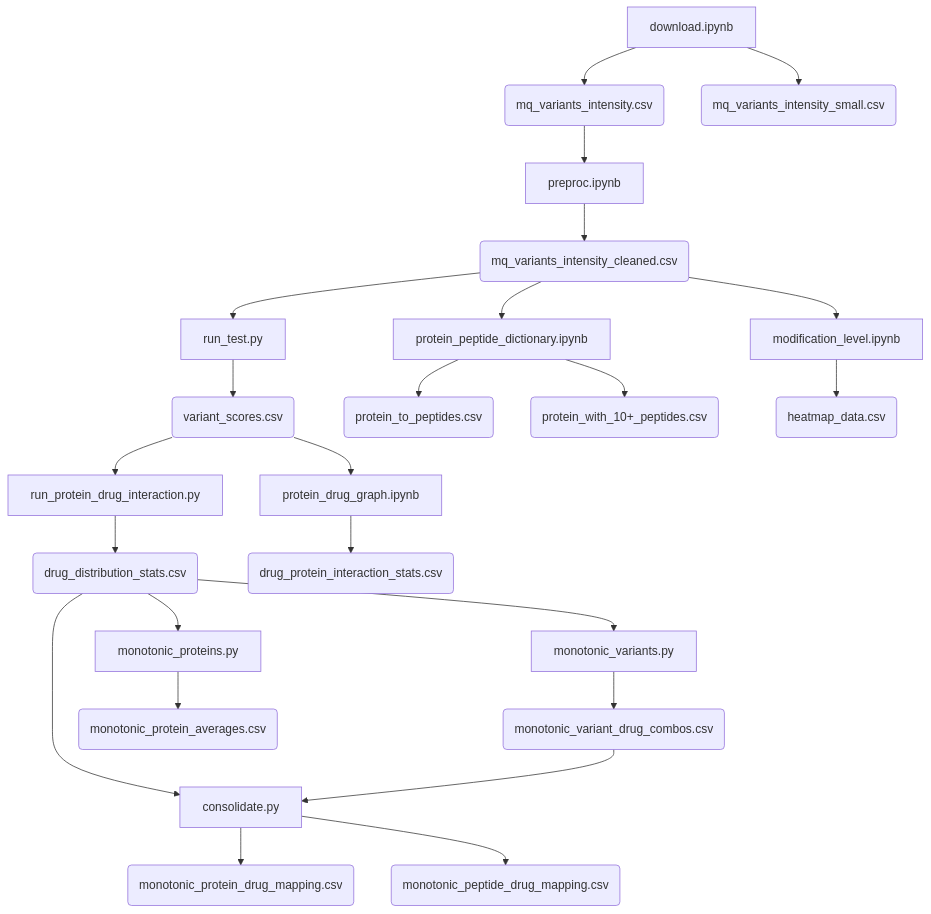
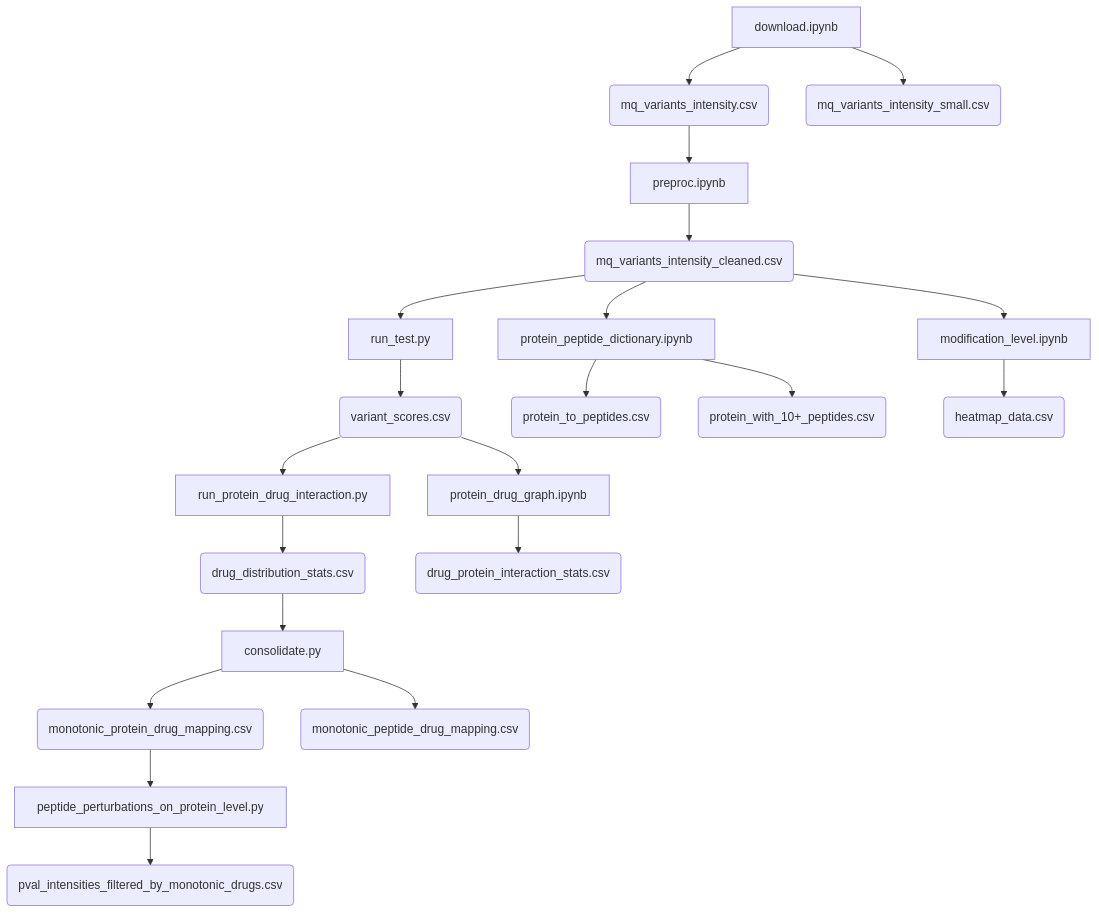
Before and after one commit to aaron-ang/CSE291-Sp25: the diagram in README.md, drawn with Mermaid. The commit also changed other lines of this file and 4 other files, not shown here.

````diff
--- a/README.md
+++ b/README.md
@@ -98,26 +101,23 @@
 ```mermaid
 graph TD
   DL[download.ipynb] --> I(mq_variants_intensity.csv)
   DL --> SMALL(mq_variants_intensity_small.csv)
   I --> PP[preproc.ipynb]
   PP --> CLEAN(mq_variants_intensity_cleaned.csv)
   CLEAN --> TEST[run_test.py]
   TEST --> VS(variant_scores.csv)
   VS --> PDIA[run_protein_drug_interaction.py]
   VS --> PDG[protein_drug_graph.ipynb]
   PDIA --> DDS(drug_distribution_stats.csv)
-  DDS --> MV[monotonic_variants.py]
-  DDS --> MP[monotonic_proteins.py]
   CLEAN --> PPD[protein_peptide_dictionary.ipynb]
   PPD --> P2P(protein_to_peptides.csv)
   PPD --> P10(protein_with_10+_peptides.csv)
   CLEAN --> MOD[modification_level.ipynb]
   MOD --> HM(heatmap_data.csv)
   PDG --> DPI(drug_protein_interaction_stats.csv)
-  MV --> MVOUT(monotonic_variant_drug_combos.csv)
-  MP --> MPOUT(monotonic_protein_averages.csv)
   DDS --> CONS[consolidate.py]
-  MVOUT --> CONS
   CONS --> PROTMAP(monotonic_protein_drug_mapping.csv)
   CONS --> PEPTMAP(monotonic_peptide_drug_mapping.csv)
+  PROTMAP --> PEPTPERT[peptide_perturbations_on_protein_level.py]
+  PEPTPERT --> PVAL(pval_intensities_filtered_by_monotonic_drugs.csv)
 ```
````
